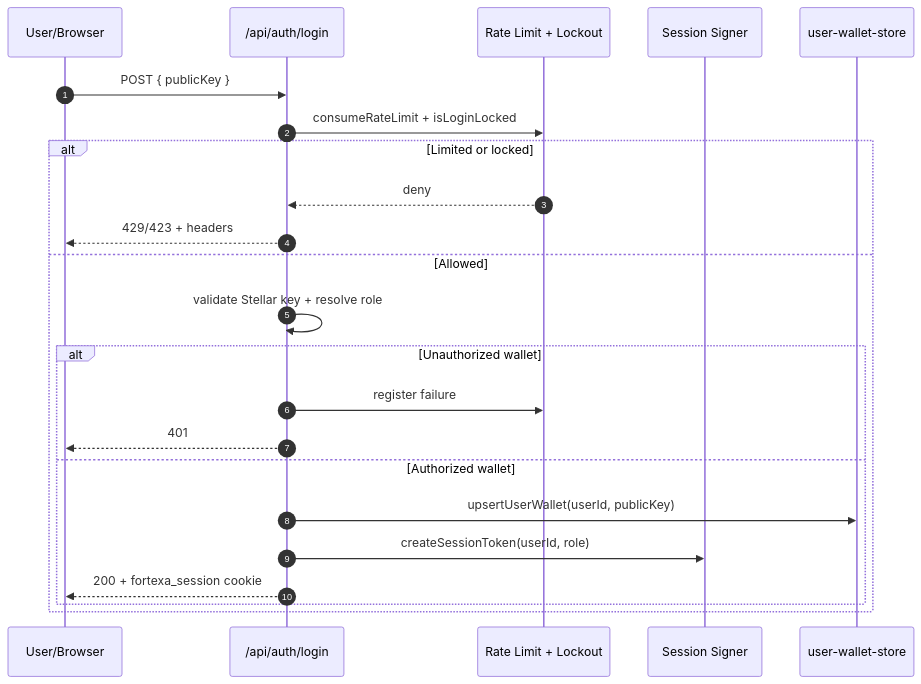
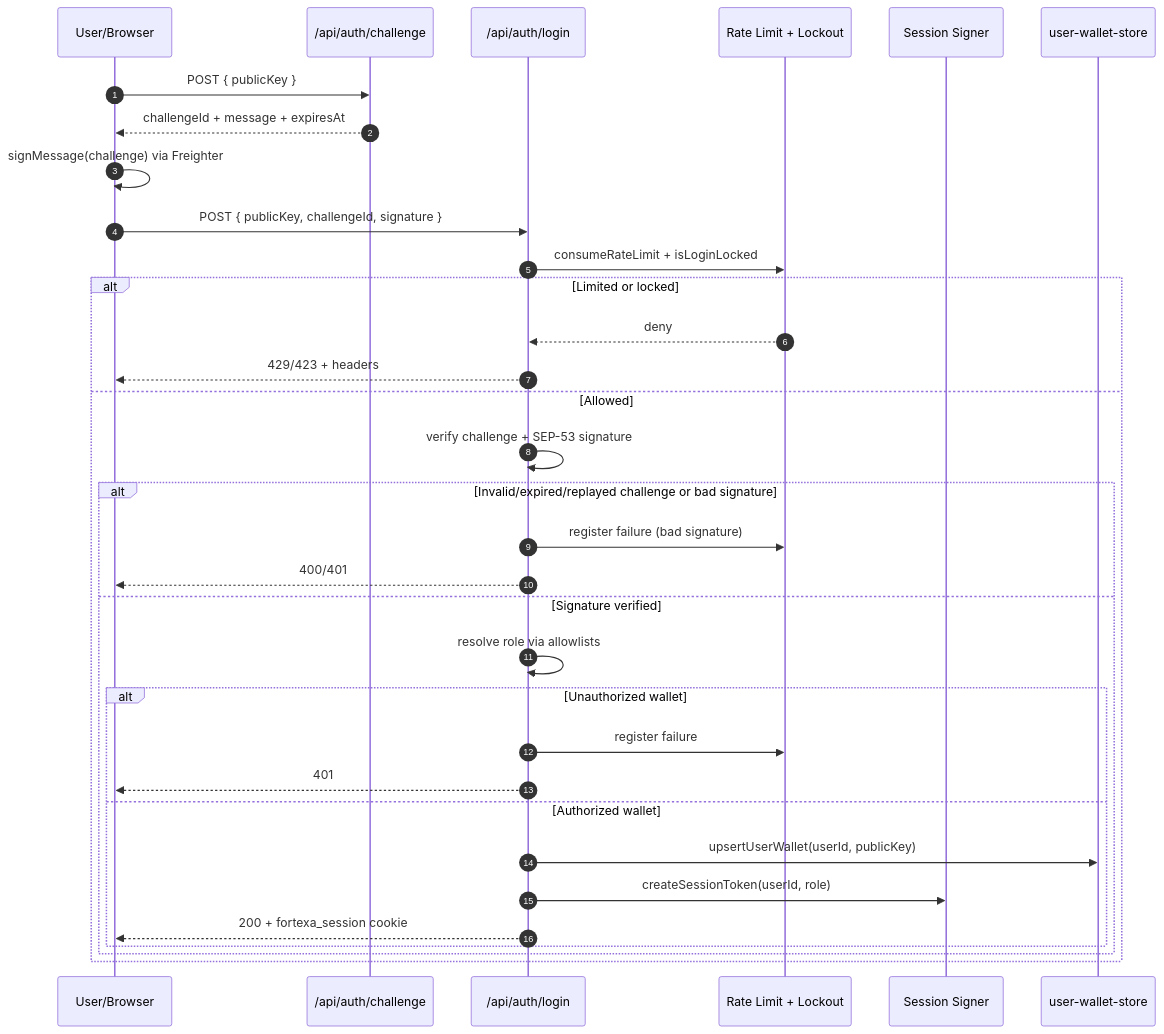
Before and after one commit to karagozemin/Fortexa: the third of 6 diagrams in ARCHITECTURE.md, drawn with Mermaid. The commit also changed other lines of this file and 11 other files, not shown here.

First line of the commit message:
feat(auth): add wallet challenge-signature login (#25)

````diff
--- a/ARCHITECTURE.md
+++ b/ARCHITECTURE.md
@@ -125,26 +125,36 @@
 ```mermaid
 sequenceDiagram
   autonumber
   participant U as User/Browser
+  participant CH as /api/auth/challenge
   participant API as /api/auth/login
   participant RL as Rate Limit + Lockout
   participant AUTH as Session Signer
   participant UW as user-wallet-store
 
-  U->>API: POST { publicKey }
+  U->>CH: POST { publicKey }
+  CH-->>U: challengeId + message + expiresAt
+  U->>U: signMessage(challenge) via Freighter
+  U->>API: POST { publicKey, challengeId, signature }
   API->>RL: consumeRateLimit + isLoginLocked
   alt Limited or locked
     RL-->>API: deny
     API-->>U: 429/423 + headers
   else Allowed
-    API->>API: validate Stellar key + resolve role
-    alt Unauthorized wallet
-      API->>RL: register failure
-      API-->>U: 401
-    else Authorized wallet
-      API->>UW: upsertUserWallet(userId, publicKey)
-      API->>AUTH: createSessionToken(userId, role)
-      API-->>U: 200 + fortexa_session cookie
+    API->>API: verify challenge + SEP-53 signature
+    alt Invalid/expired/replayed challenge or bad signature
+      API->>RL: register failure (bad signature)
+      API-->>U: 400/401
+    else Signature verified
+      API->>API: resolve role via allowlists
+      alt Unauthorized wallet
+        API->>RL: register failure
+        API-->>U: 401
+      else Authorized wallet
+        API->>UW: upsertUserWallet(userId, publicKey)
+        API->>AUTH: createSessionToken(userId, role)
+        API-->>U: 200 + fortexa_session cookie
+      end
     end
   end
 ```
````
